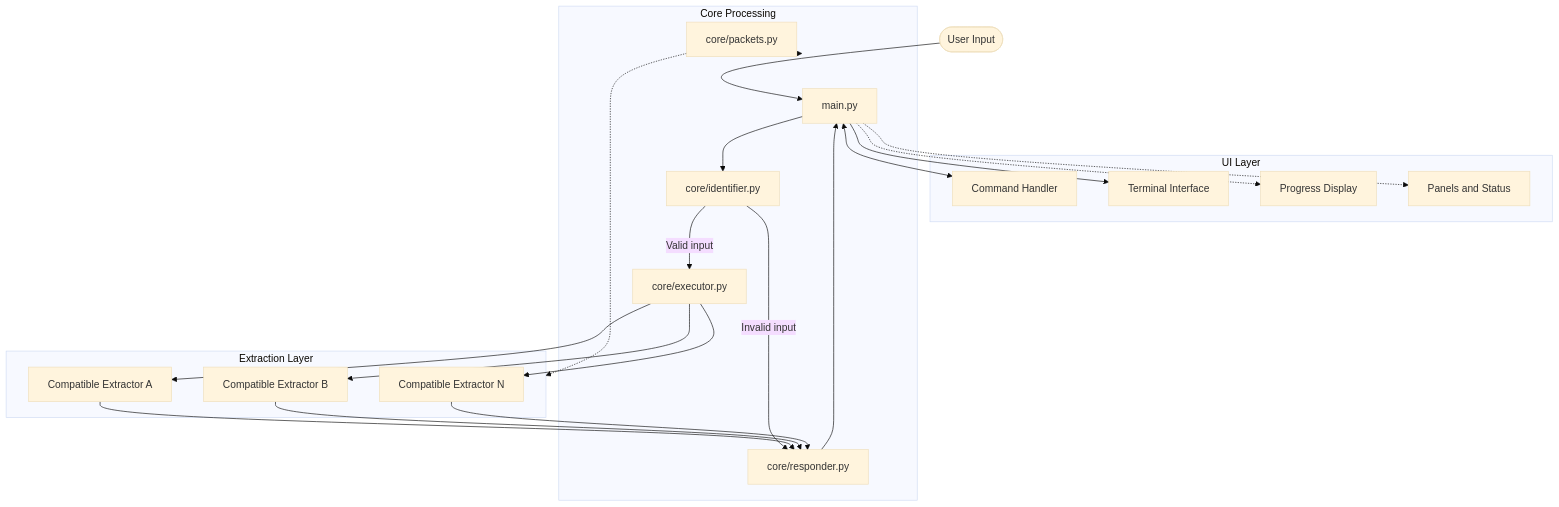
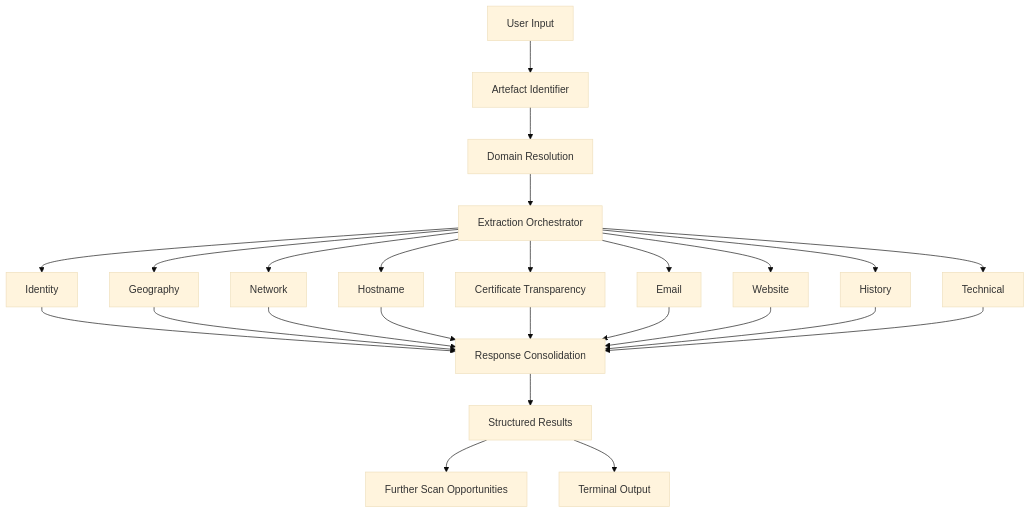
One commit to Proxy-Phaethon/theseus changed the diagram in README.md. Above: the diagram before and after it, drawn with Mermaid (base theme). The commit also changed other lines of this file, not shown here.

````diff
--- a/README.md
+++ b/README.md
@@ -61,46 +88,30 @@
 ```mermaid
 flowchart TD
-    USER([User Input])
+    A["User Input"] --> B["Artefact Identifier"]
+    B --> C["Domain Resolution"]
+    C --> D["Extraction Orchestrator"]
 
-    subgraph UI["UI Layer"]
-        COMMANDS["Command Handler"]
-        TERMINAL["Terminal Interface"]
-        PROGRESS["Progress Display"]
-        PRESENTATION["Panels and Status"]
-    end
+    D --> E["Identity"]
+    D --> F["Geography"]
+    D --> G["Network"]
+    D --> H["Hostname"]
+    D --> I["Certificate Transparency"]
+    D --> J["Email"]
+    D --> K["Website"]
+    D --> L["History"]
+    D --> M["Technical"]
 
-    subgraph CORE["Core Processing"]
-        MAIN["main.py"]
-        IDENTIFIER["core/identifier.py"]
-        EXECUTOR["core/executor.py"]
-        PACKETS["core/packets.py"]
-        RESPONDER["core/responder.py"]
-    end
+    E --> N["Response Consolidation"]
+    F --> N
+    G --> N
+    H --> N
+    I --> N
+    J --> N
+    K --> N
+    L --> N
+    M --> N
 
-    subgraph EXTRACTORS["Extraction Layer"]
-        EXTRACTOR_A["Compatible Extractor A"]
-        EXTRACTOR_B["Compatible Extractor B"]
-        EXTRACTOR_N["Compatible Extractor N"]
-    end
-
-    USER --> MAIN
-    MAIN <--> COMMANDS
-    MAIN --> IDENTIFIER
-    IDENTIFIER -->|Valid input| EXECUTOR
-    IDENTIFIER -->|Invalid input| RESPONDER
-
-    EXECUTOR --> EXTRACTOR_A
-    EXECUTOR --> EXTRACTOR_B
-    EXECUTOR --> EXTRACTOR_N
-
-    EXTRACTOR_A --> RESPONDER
-    EXTRACTOR_B --> RESPONDER
-    EXTRACTOR_N --> RESPONDER
-
-    RESPONDER --> MAIN
-    MAIN --> TERMINAL
-    MAIN -.-> PROGRESS
-    MAIN -.-> PRESENTATION
-    PACKETS -.-> CORE
-    PACKETS -.-> EXTRACTORS
+    N --> O["Structured Results"]
+    O --> P["Further Scan Opportunities"]
+    O --> Q["Terminal Output"]
 ```
````
